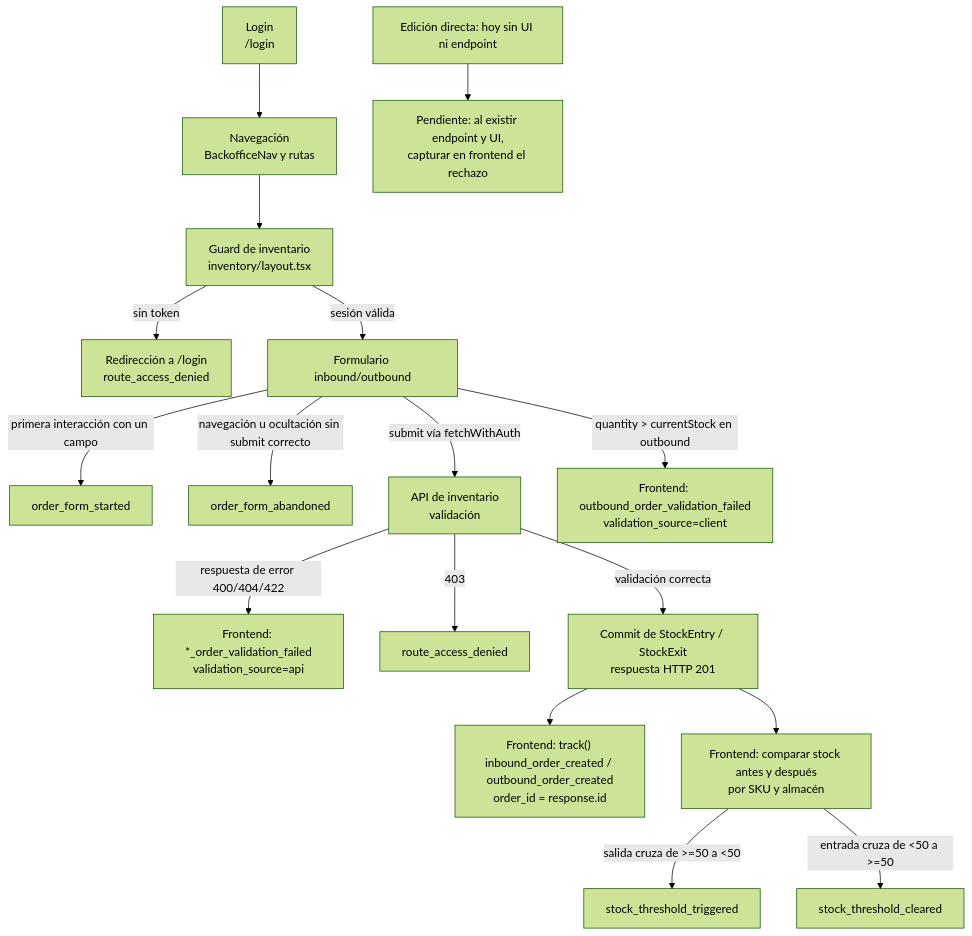
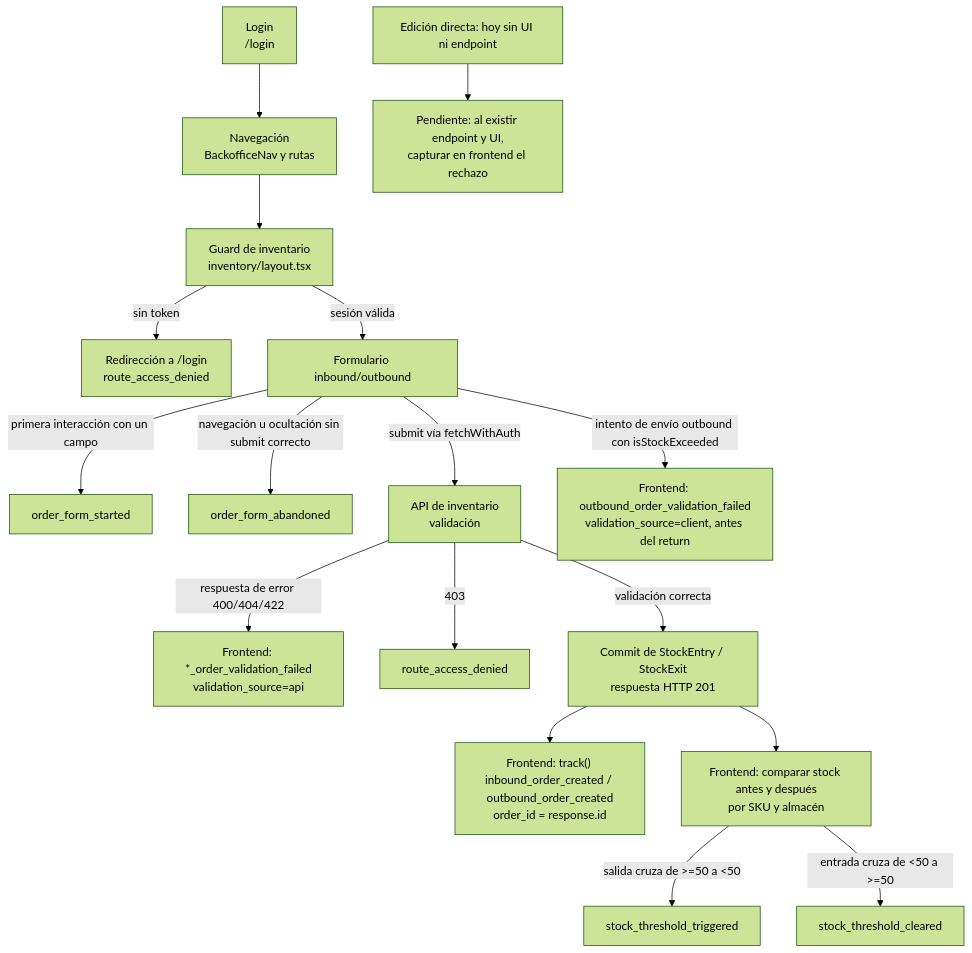
The diagram in docs/telemetry/telemetry-plan.md (4GeeksAcademy/Mi-Contexto-De-Empresa-Marisin), drawn with Mermaid (forest theme) before and after one commit. The commit also changed other lines of this file, not shown here.

````diff
--- a/docs/telemetry/telemetry-plan.md
+++ b/docs/telemetry/telemetry-plan.md
@@ -41,19 +41,19 @@
 ```mermaid
 flowchart TD
     A["Login<br/>/login"] --> B["Navegación<br/>BackofficeNav y rutas"]
     B --> C["Guard de inventario<br/>inventory/layout.tsx"]
     C -->|sin token| D["Redirección a /login<br/>route_access_denied"]
     C -->|sesión válida| E["Formulario inbound/outbound"]
     E -->|primera interacción con un campo| F["order_form_started"]
     E -->|navegación u ocultación sin submit correcto| G["order_form_abandoned"]
     E -->|submit vía fetchWithAuth| H["API de inventario<br/>validación"]
     H -->|respuesta de error 400/404/422| I["Frontend: *_order_validation_failed<br/>validation_source=api"]
-    E -->|quantity > currentStock en outbound| I2["Frontend: outbound_order_validation_failed<br/>validation_source=client"]
+    E -->|intento de envío outbound con isStockExceeded| I2["Frontend: outbound_order_validation_failed<br/>validation_source=client, antes del return"]
     H -->|403| J["route_access_denied"]
     H -->|validación correcta| K["Commit de StockEntry / StockExit<br/>respuesta HTTP 201"]
     K --> L["Frontend: track() inbound_order_created / outbound_order_created<br/>order_id = response.id"]
     K --> M["Frontend: comparar stock antes y después<br/>por SKU y almacén"]
     M -->|salida cruza de >=50 a <50| N["stock_threshold_triggered"]
     M -->|entrada cruza de <50 a >=50| O["stock_threshold_cleared"]
     P["Edición directa: hoy sin UI ni endpoint"] --> Q["Pendiente: al existir endpoint y UI,<br/>capturar en frontend el rechazo"]
 ```
````
